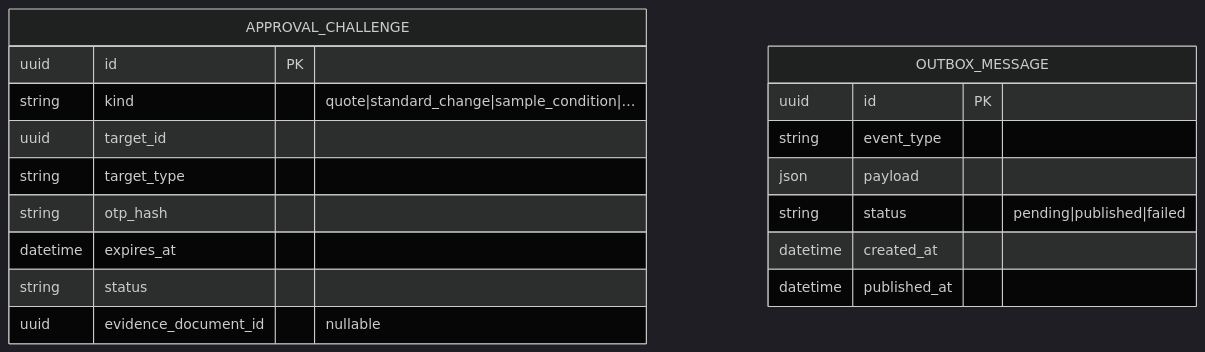
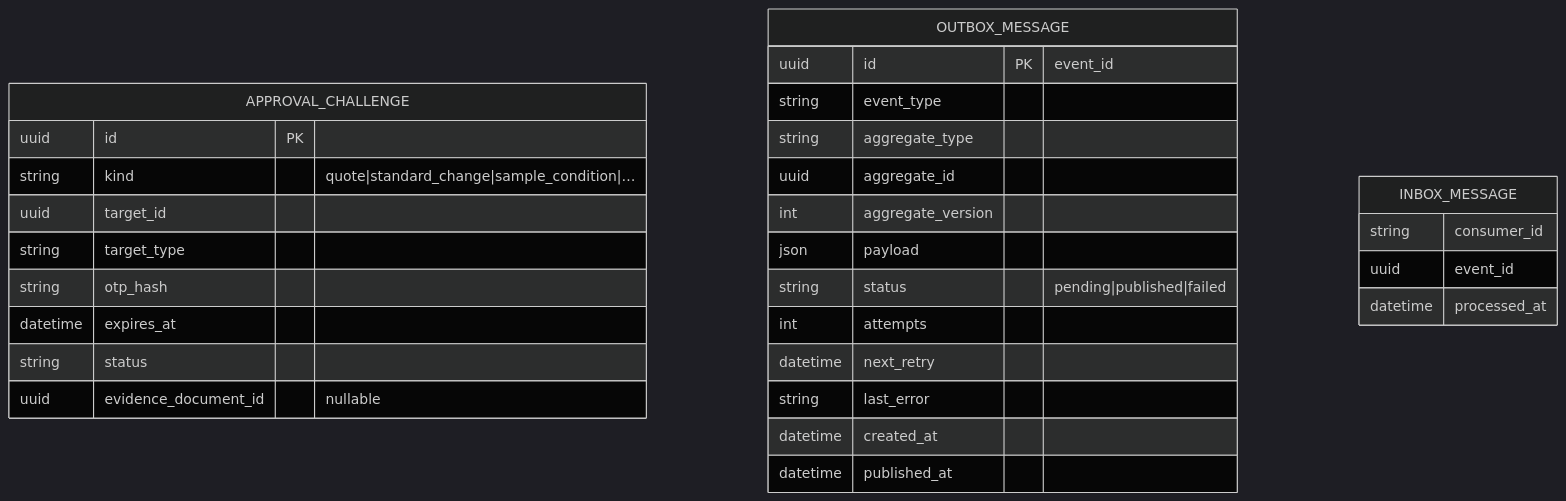
One commit to javiortizmol/labsmyg-core-api changed diagram 11 of 11 in docs/domain-er-model.md. Above: the diagram before and after it, drawn with Mermaid (dark theme). The commit also changed other lines of this file and 30 other files, not shown here.

````diff
--- a/docs/domain-er-model.md
+++ b/docs/domain-er-model.md
@@ -441,21 +454,32 @@
 ```mermaid
 erDiagram
   APPROVAL_CHALLENGE {
     uuid id PK
     string kind "quote|standard_change|sample_condition|…"
     uuid target_id
     string target_type
     string otp_hash
     datetime expires_at
     string status
     uuid evidence_document_id "nullable"
   }
   OUTBOX_MESSAGE {
-    uuid id PK
+    uuid id PK "event_id"
     string event_type
+    string aggregate_type
+    uuid aggregate_id
+    int aggregate_version
     json payload
     string status "pending|published|failed"
+    int attempts
+    datetime next_retry
+    string last_error
     datetime created_at
     datetime published_at
   }
+  INBOX_MESSAGE {
+    string consumer_id
+    uuid event_id
+    datetime processed_at
+  }
 ```
````
